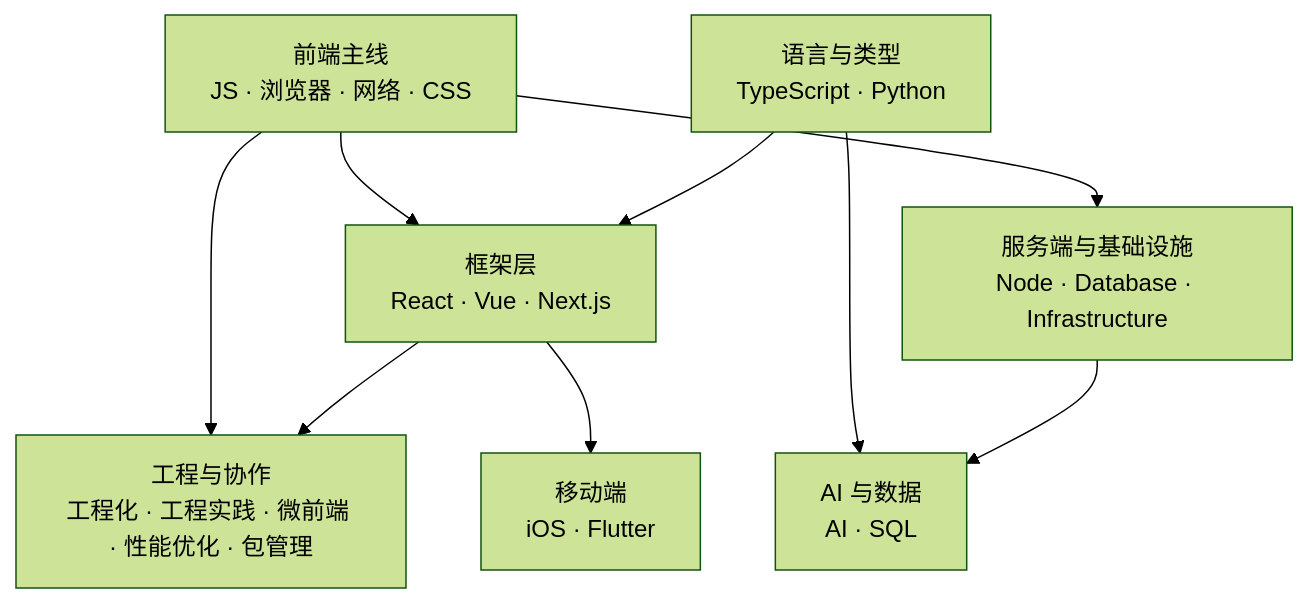
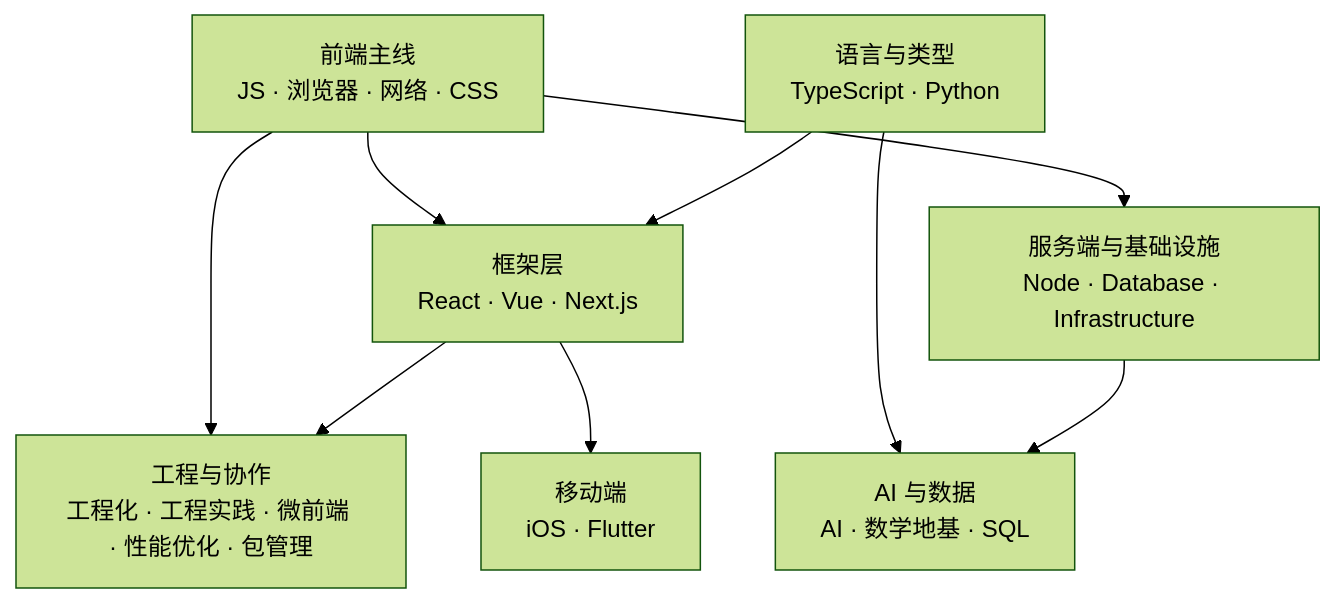
The diagram in Marauder'sMap/Library/Index.md (YuArtian/maraudersmap), drawn with Mermaid (forest theme) before and after one commit. The commit also changed other lines of this file and 14 other files, not shown here.

Commit message:
更新《AI 知识地图》与《神经网络的训练过程》文档，新增对人工智能分类的详细阐述，明确三种哲学流派、任务版图及实现路径。同时，补充了导数、偏导与链式法则的内容，确保反向传播的数学基础清晰易懂。此外，调整了学习顺序与章节映射，增强知识体系的连贯性与可读性。

````diff
--- a/Marauder'sMap/Library/Index.md
+++ b/Marauder'sMap/Library/Index.md
@@ -10,19 +10,19 @@
 ```mermaid
 flowchart TD
   A["前端主线<br/>JS · 浏览器 · 网络 · CSS"]
   B["框架层<br/>React · Vue · Next.js"]
   C["语言与类型<br/>TypeScript · Python"]
   D["工程与协作<br/>工程化 · 工程实践 · 微前端 · 性能优化 · 包管理"]
   E["服务端与基础设施<br/>Node · Database · Infrastructure"]
-  F["AI 与数据<br/>AI · SQL"]
+  F["AI 与数据<br/>AI · 数学地基 · SQL"]
   G["移动端<br/>iOS · Flutter"]
 
   A --> B
   A --> D
   B --> D
   A --> E
   C --> B
   C --> F
   E --> F
   B --> G
 ```
````
